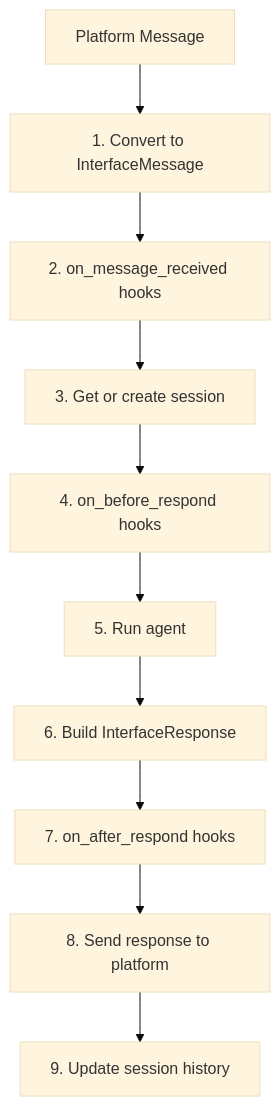
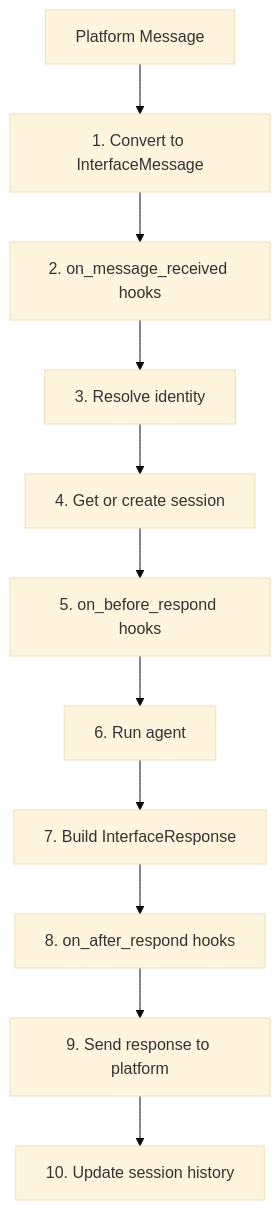
One commit to definableai/definable.ai changed the diagram in definable/docs/interfaces/overview.mdx. Above: the diagram before and after it, drawn with Mermaid (base theme). The commit also changed other lines of this file and 25 other files, not shown here.

`````diff
--- a/definable/docs/interfaces/overview.mdx
+++ b/definable/docs/interfaces/overview.mdx
@@ -14,12 +14,13 @@
 ````mermaid
 flowchart TD
   PlatformMsg["Platform Message"] --> Convert["1. Convert to InterfaceMessage"]
   Convert --> OnReceived["2. on_message_received hooks"]
-  OnReceived --> GetSession["3. Get or create session"]
-  GetSession --> OnBefore["4. on_before_respond hooks"]
-  OnBefore --> RunAgent["5. Run agent"]
-  RunAgent --> BuildResp["6. Build InterfaceResponse"]
-  BuildResp --> OnAfter["7. on_after_respond hooks"]
-  OnAfter --> SendResp["8. Send response to platform"]
-  SendResp --> UpdateSession["9. Update session history"]
+  OnReceived --> ResolveId["3. Resolve identity"]
+  ResolveId --> GetSession["4. Get or create session"]
+  GetSession --> OnBefore["5. on_before_respond hooks"]
+  OnBefore --> RunAgent["6. Run agent"]
+  RunAgent --> BuildResp["7. Build InterfaceResponse"]
+  BuildResp --> OnAfter["8. on_after_respond hooks"]
+  OnAfter --> SendResp["9. Send response to platform"]
+  SendResp --> UpdateSession["10. Update session history"]
 ````
`````
